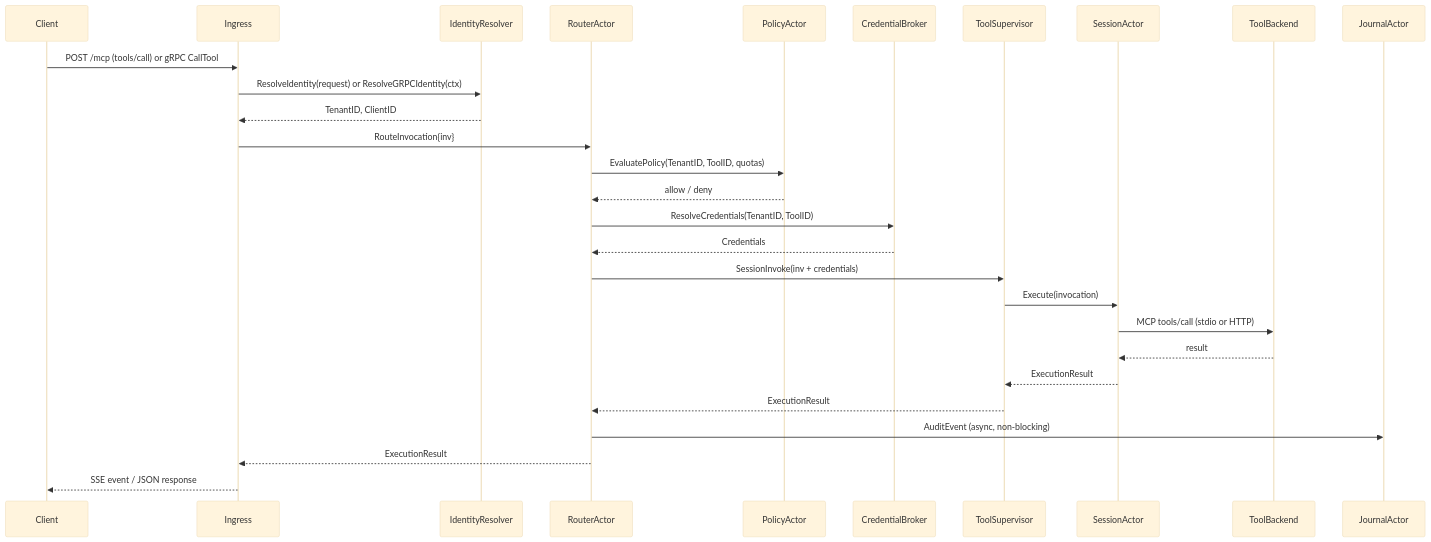
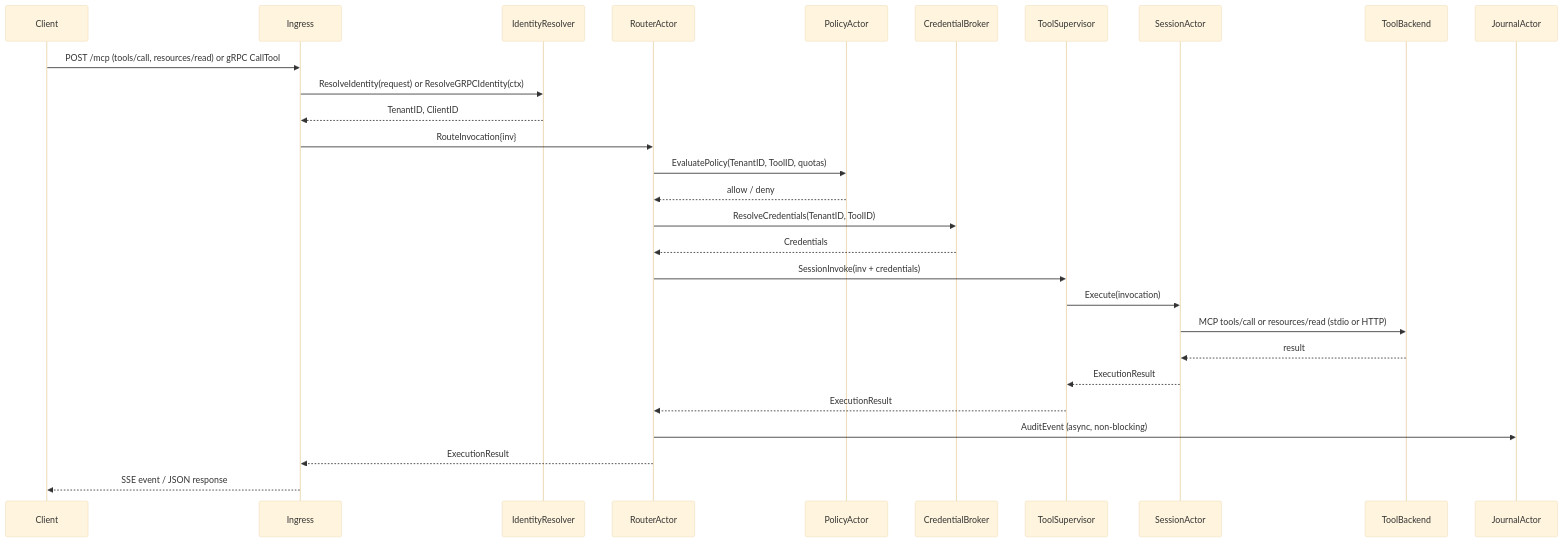
One commit to Tochemey/goakt-mcp changed the second of 4 diagrams in README.md. Above: the diagram before and after it, drawn with Mermaid (base theme). The commit also changed other lines of this file and 29 other files, not shown here.

````diff
--- a/README.md
+++ b/README.md
@@ -140,37 +142,37 @@
 ```mermaid
 sequenceDiagram
     participant Client
     participant Ingress
     participant IdentityResolver
     participant RouterActor
     participant PolicyActor
     participant CredentialBroker
     participant ToolSupervisor
     participant SessionActor
     participant ToolBackend
     participant JournalActor
 
-    Client->>Ingress: POST /mcp (tools/call) or gRPC CallTool
+    Client->>Ingress: POST /mcp (tools/call, resources/read) or gRPC CallTool
     Ingress->>IdentityResolver: ResolveIdentity(request) or ResolveGRPCIdentity(ctx)
     IdentityResolver-->>Ingress: TenantID, ClientID
 
     Ingress->>RouterActor: RouteInvocation{inv}
 
     RouterActor->>PolicyActor: EvaluatePolicy(TenantID, ToolID, quotas)
     PolicyActor-->>RouterActor: allow / deny
 
     RouterActor->>CredentialBroker: ResolveCredentials(TenantID, ToolID)
     CredentialBroker-->>RouterActor: Credentials
 
     RouterActor->>ToolSupervisor: SessionInvoke(inv + credentials)
     ToolSupervisor->>SessionActor: Execute(invocation)
-    SessionActor->>ToolBackend: MCP tools/call (stdio or HTTP)
+    SessionActor->>ToolBackend: MCP tools/call or resources/read (stdio or HTTP)
     ToolBackend-->>SessionActor: result
 
     SessionActor-->>ToolSupervisor: ExecutionResult
     ToolSupervisor-->>RouterActor: ExecutionResult
     RouterActor->>JournalActor: AuditEvent (async, non-blocking)
     RouterActor-->>Ingress: ExecutionResult
 
     Ingress-->>Client: SSE event / JSON response
 ```
````
